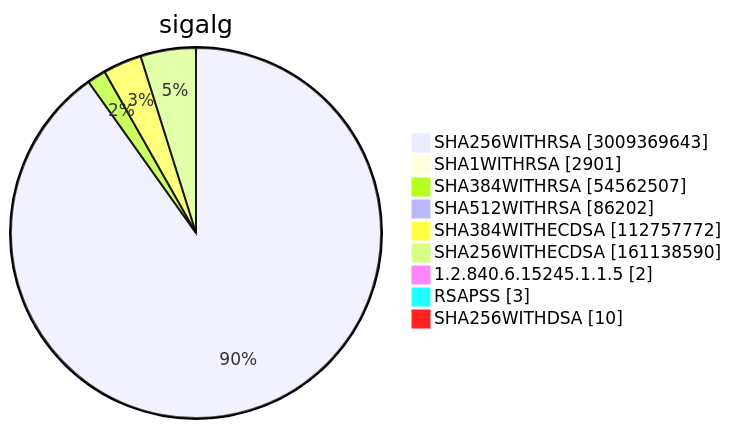
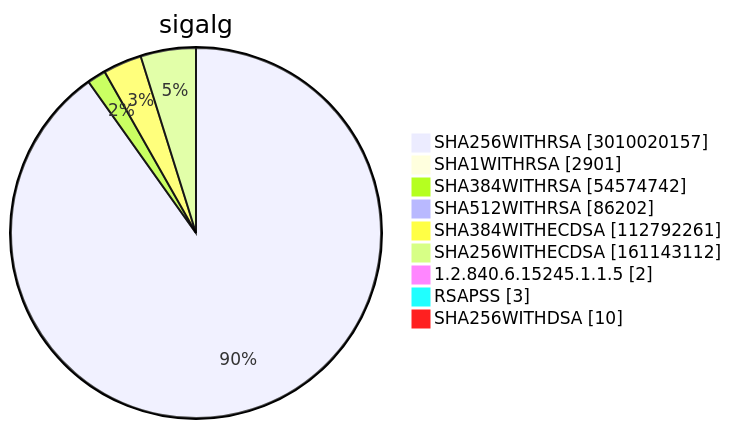
One commit to christiankrug/ctmonitor_visualization changed diagram 15 of 15 in TOTAL/README.md. Above: the diagram before and after it, drawn with Mermaid. The commit also changed other lines of this file, not shown here.

````diff
--- a/TOTAL/README.md
+++ b/TOTAL/README.md
@@ -6208,13 +6208,13 @@
 ```mermaid
 pie showData
 title sigalg
-"SHA256WITHRSA" :3009369643
+"SHA256WITHRSA" :3010020157
 "SHA1WITHRSA" :2901
-"SHA384WITHRSA" :54562507
+"SHA384WITHRSA" :54574742
 "SHA512WITHRSA" :86202
-"SHA384WITHECDSA" :112757772
-"SHA256WITHECDSA" :161138590
+"SHA384WITHECDSA" :112792261
+"SHA256WITHECDSA" :161143112
 "1.2.840.6.15245.1.1.5" :2
 "RSAPSS" :3
 "SHA256WITHDSA" :10
 ```
````
